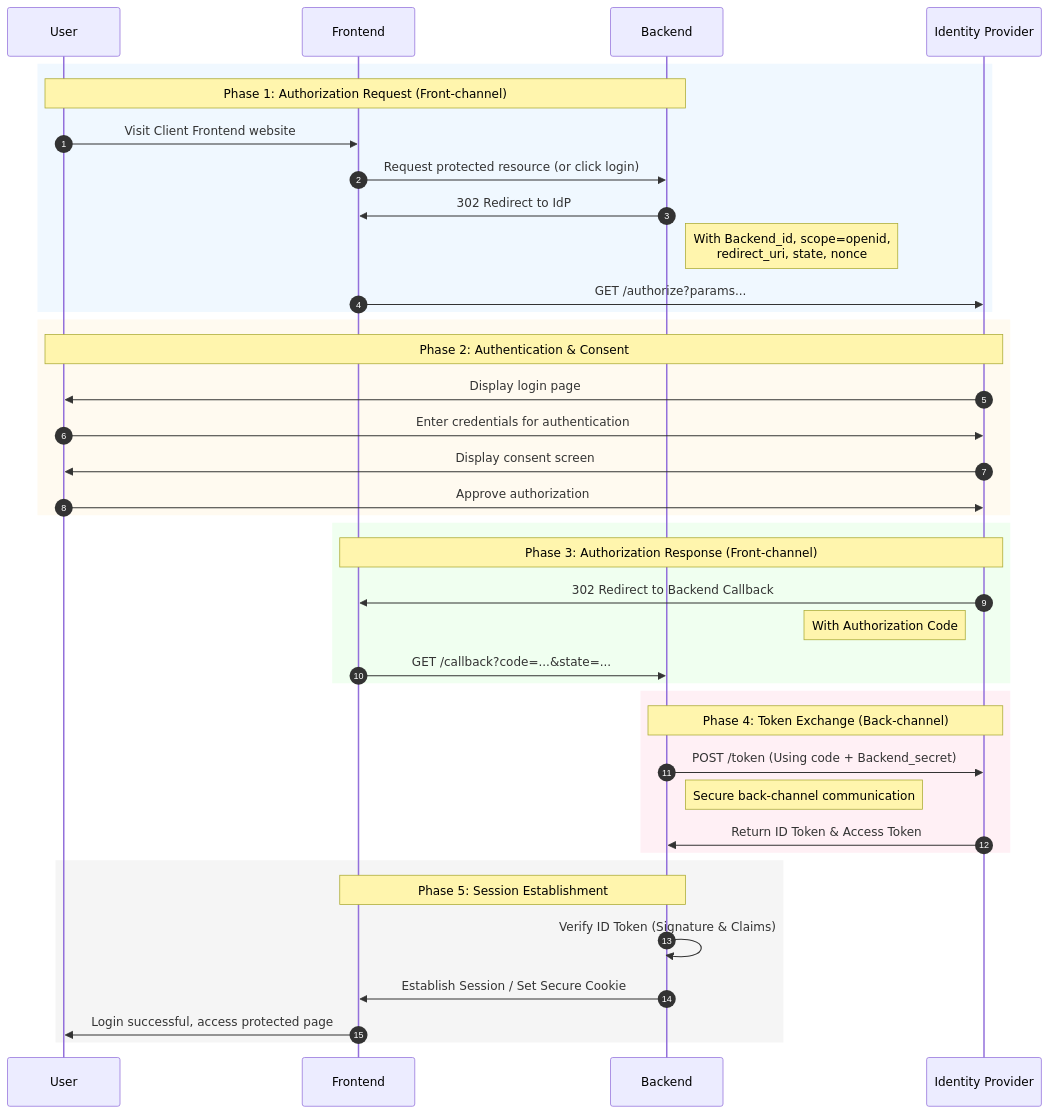
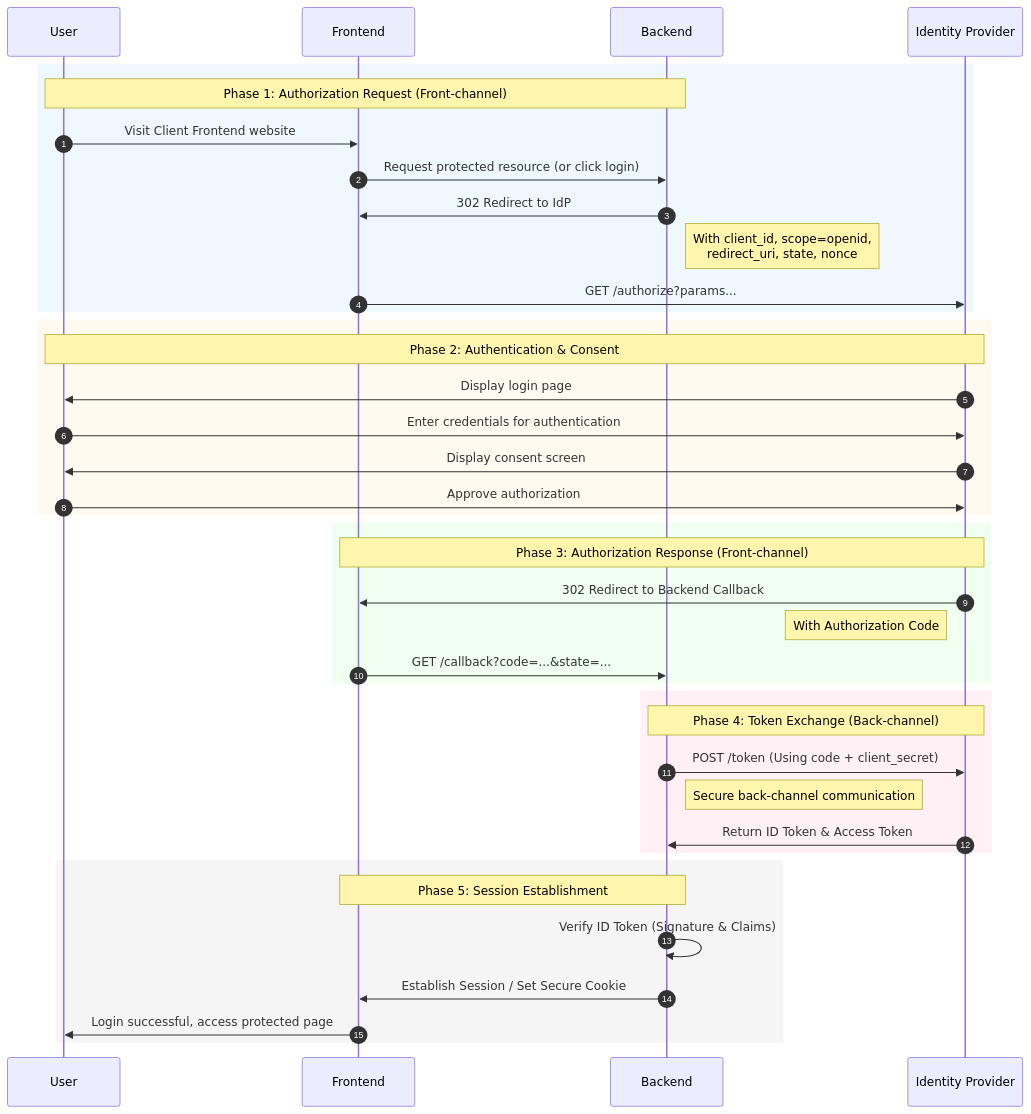
Before and after one commit to Hotshot824/Hotshot824.github.io: the diagram in _posts/2026/2026-06-09-SSO_introduction.md, drawn with Mermaid. The commit also changed other lines of this file and 1 other file, not shown here.

````diff
--- a/_posts/2026/2026-06-09-SSO_introduction.md
+++ b/_posts/2026/2026-06-09-SSO_introduction.md
@@ -201,48 +199,48 @@
 ```mermaid
 %%{init: {'themeVariables': { 'fontSize': '16px' }}}%%
 
 sequenceDiagram
     autonumber
     participant User as User
     participant Frontend as Frontend
     participant Backend as Backend
     participant IdP as Identity Provider
 
     rect rgb(240, 248, 255)
     Note over User, Backend: Phase 1: Authorization Request (Front-channel)
     User->>Frontend: Visit Client Frontend website
     Frontend->>Backend: Request protected resource (or click login)
     Backend->>Frontend: 302 Redirect to IdP
-    Note right of Backend: With Backend_id, scope=openid,<br/>redirect_uri, state, nonce
+    Note right of Backend: With client_id, scope=openid,<br/>redirect_uri, state, nonce
     Frontend->>IdP: GET /authorize?params...
     end
 
     rect rgb(255, 250, 240)
     Note over User, IdP: Phase 2: Authentication & Consent
     IdP->>User: Display login page
     User->>IdP: Enter credentials for authentication
     IdP->>User: Display consent screen
     User->>IdP: Approve authorization
     end
 
     rect rgb(240, 255, 240)
     Note over Frontend, IdP: Phase 3: Authorization Response (Front-channel)
     IdP->>Frontend: 302 Redirect to Backend Callback
     Note left of IdP: With Authorization Code
     Frontend->>Backend: GET /callback?code=...&state=...
     end
 
     rect rgb(255, 240, 245)
     Note over Backend, IdP: Phase 4: Token Exchange (Back-channel)
-    Backend->>IdP: POST /token (Using code + Backend_secret)
+    Backend->>IdP: POST /token (Using code + client_secret)
     Note right of Backend: Secure back-channel communication
     IdP->>Backend: Return ID Token & Access Token
     end
 
     rect rgb(245, 245, 245)
     Note over Frontend, Backend: Phase 5: Session Establishment
     Backend->>Backend: Verify ID Token (Signature & Claims)
     Backend->>Frontend: Establish Session / Set Secure Cookie
     Frontend->>User: Login successful, access protected page
     end
 ```
````
